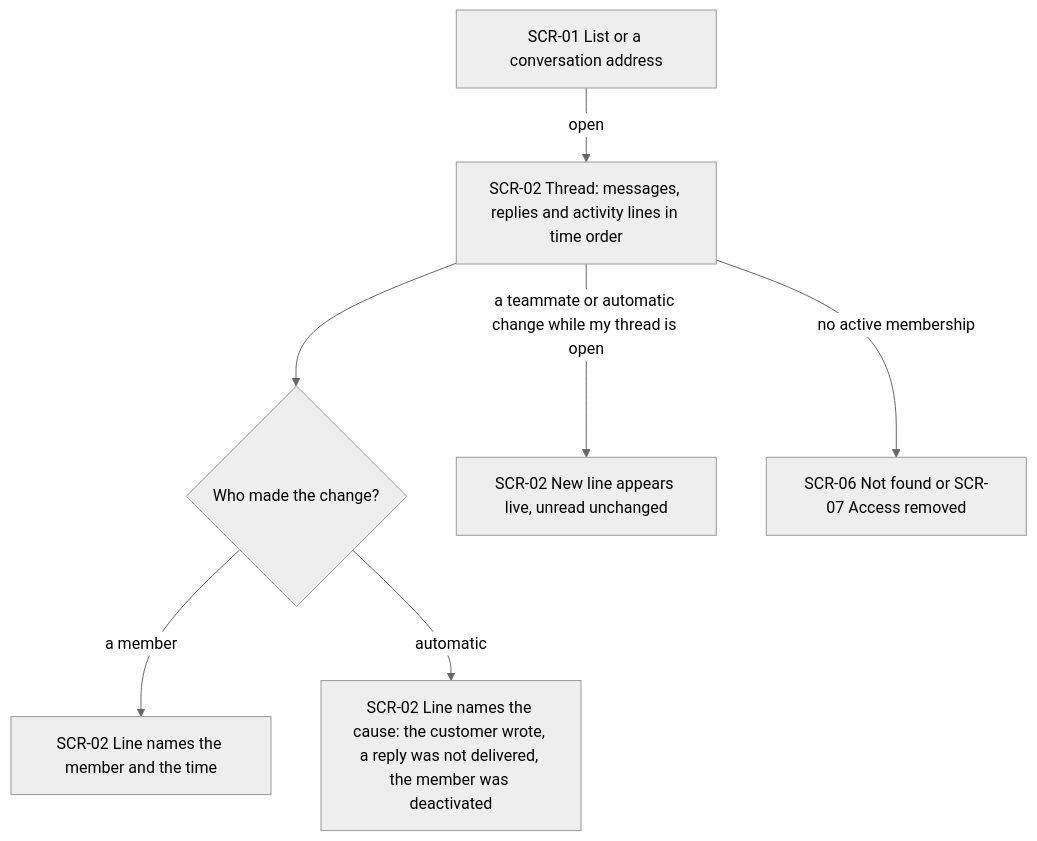
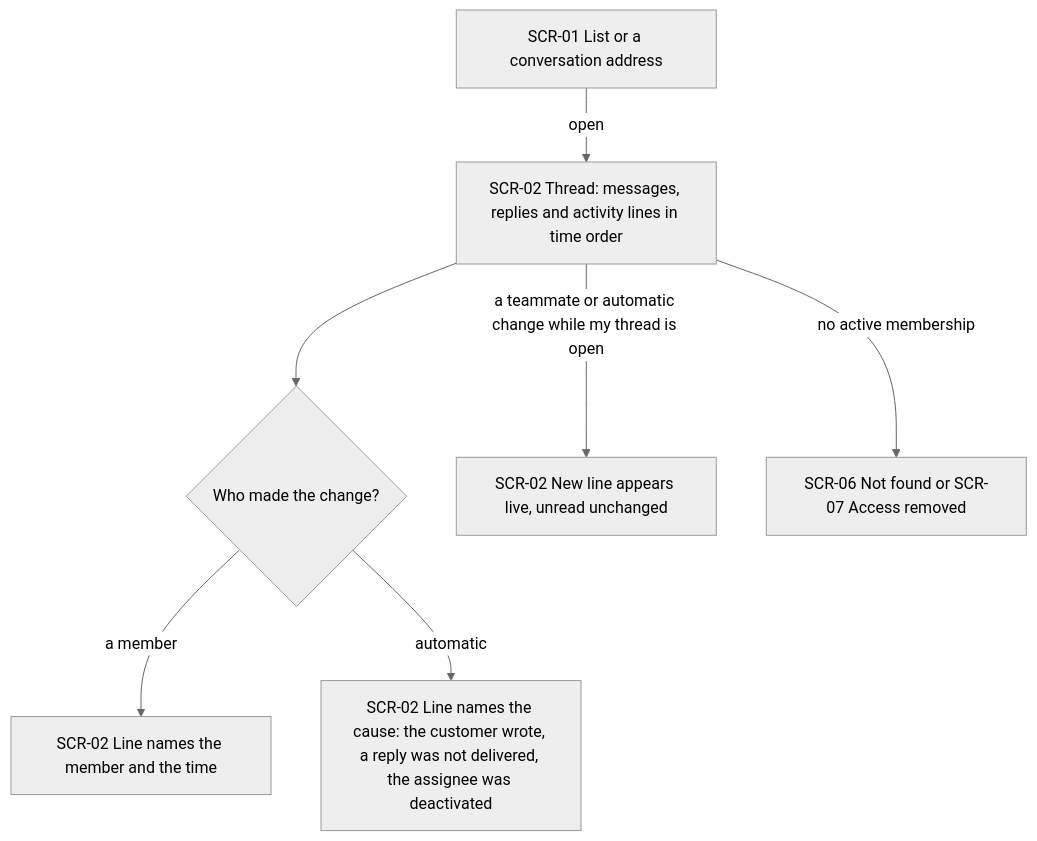
The fourth of 5 diagrams in docs/features/assignment-statuses/ux-flows.md (GopkoDev/tg-inbox), drawn with Mermaid (neutral theme) before and after one commit. The commit also changed other lines of this file and 1 other file, not shown here.

Commit message:
sequences: assignment-statuses runtime flows

````diff
--- a/docs/features/assignment-statuses/ux-flows.md
+++ b/docs/features/assignment-statuses/ux-flows.md
@@ -136,9 +136,9 @@
 ```mermaid
 flowchart TD
     A[SCR-01 List or a conversation address] -->|open| T[SCR-02 Thread: messages, replies and activity lines in time order]
     T --> Q{Who made the change?}
     Q -->|a member| M[SCR-02 Line names the member and the time]
-    Q -->|automatic| AU[SCR-02 Line names the cause: the customer wrote, a reply was not delivered, the member was deactivated]
+    Q -->|automatic| AU[SCR-02 Line names the cause: the customer wrote, a reply was not delivered, the assignee was deactivated]
     T -->|a teammate or automatic change while my thread is open| LV[SCR-02 New line appears live, unread unchanged]
     T -->|no active membership| NA[SCR-06 Not found or SCR-07 Access removed]
 ```
````
